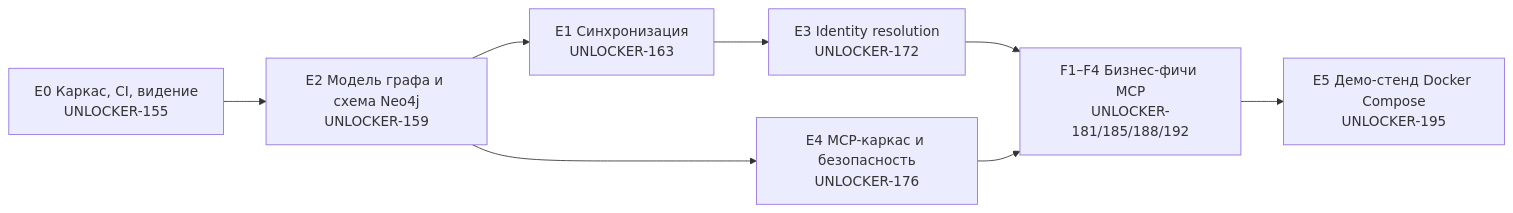
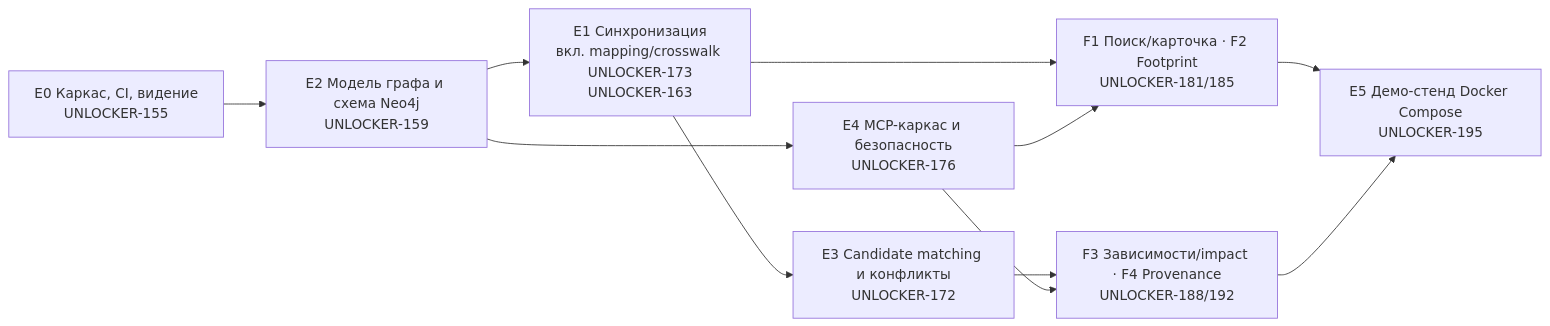
The diagram in docs/01-development-order.md (Unlocker/architecture-rag), drawn with Mermaid before and after one commit. The commit also changed other lines of this file, not shown here.

Commit message:
UNLOCKER-203: deterministic mapping (UNLOCKER-173) перенесён в E1

````diff
--- a/docs/01-development-order.md
+++ b/docs/01-development-order.md
@@ -18,10 +18,14 @@
 ```mermaid
 flowchart LR
     E0["E0 Каркас, CI, видение<br/>UNLOCKER-155"] --> E2["E2 Модель графа и схема Neo4j<br/>UNLOCKER-159"]
-    E2 --> E1["E1 Синхронизация<br/>UNLOCKER-163"]
+    E2 --> E1["E1 Синхронизация<br/>вкл. mapping/crosswalk UNLOCKER-173<br/>UNLOCKER-163"]
     E2 --> E4["E4 MCP-каркас и безопасность<br/>UNLOCKER-176"]
-    E1 --> E3["E3 Identity resolution<br/>UNLOCKER-172"]
-    E3 --> F["F1–F4 Бизнес-фичи MCP<br/>UNLOCKER-181/185/188/192"]
-    E4 --> F
-    F --> E5["E5 Демо-стенд Docker Compose<br/>UNLOCKER-195"]
+    E1 --> E3["E3 Candidate matching и конфликты<br/>UNLOCKER-172"]
+    E1 --> F12["F1 Поиск/карточка · F2 Footprint<br/>UNLOCKER-181/185"]
+    E4 --> F12
+    E3 --> F34["F3 Зависимости/impact · F4 Provenance<br/>UNLOCKER-188/192"]
+    E4 --> F34
+    F12 --> E5
+    F34 --> E5
+    E5["E5 Демо-стенд Docker Compose<br/>UNLOCKER-195"]
 ```
````
